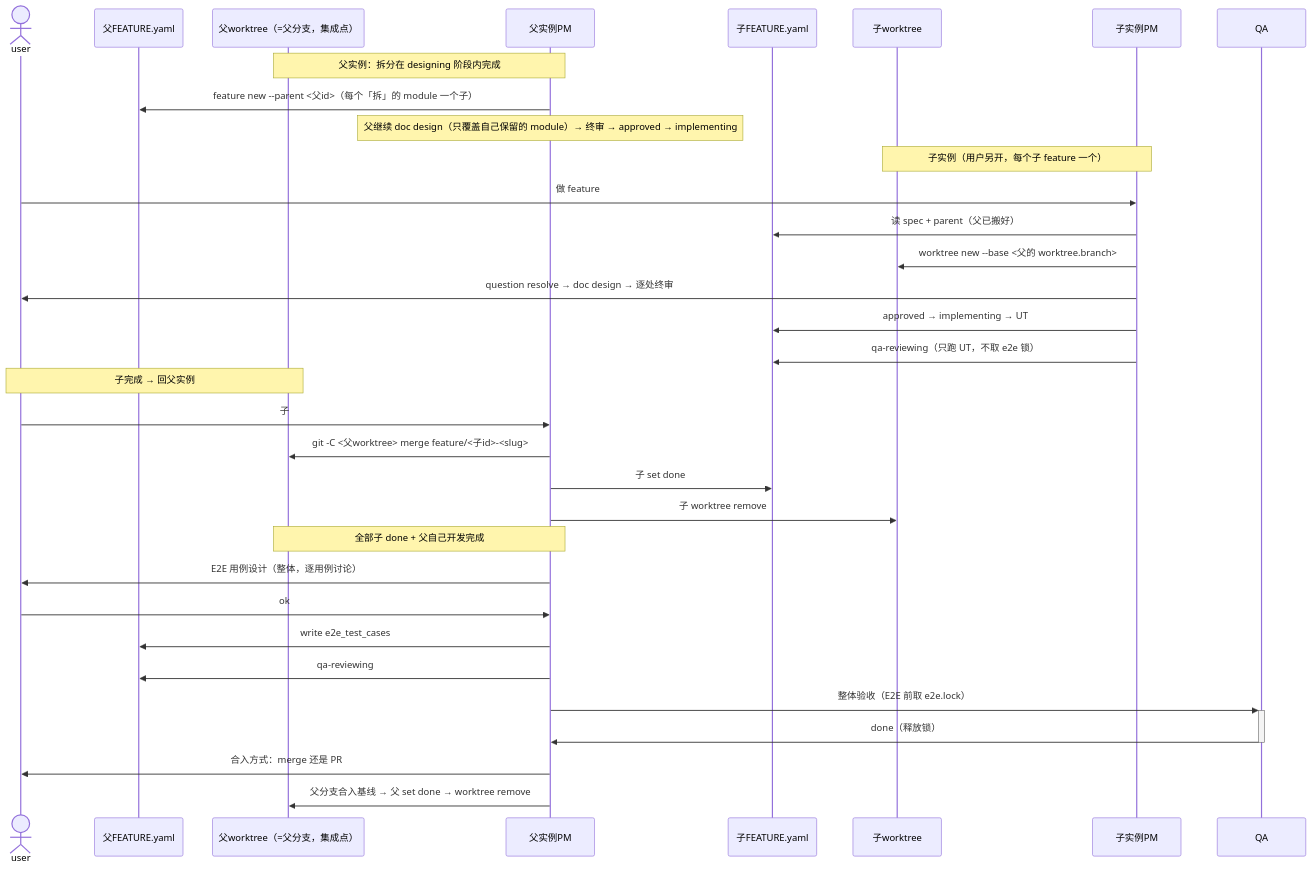
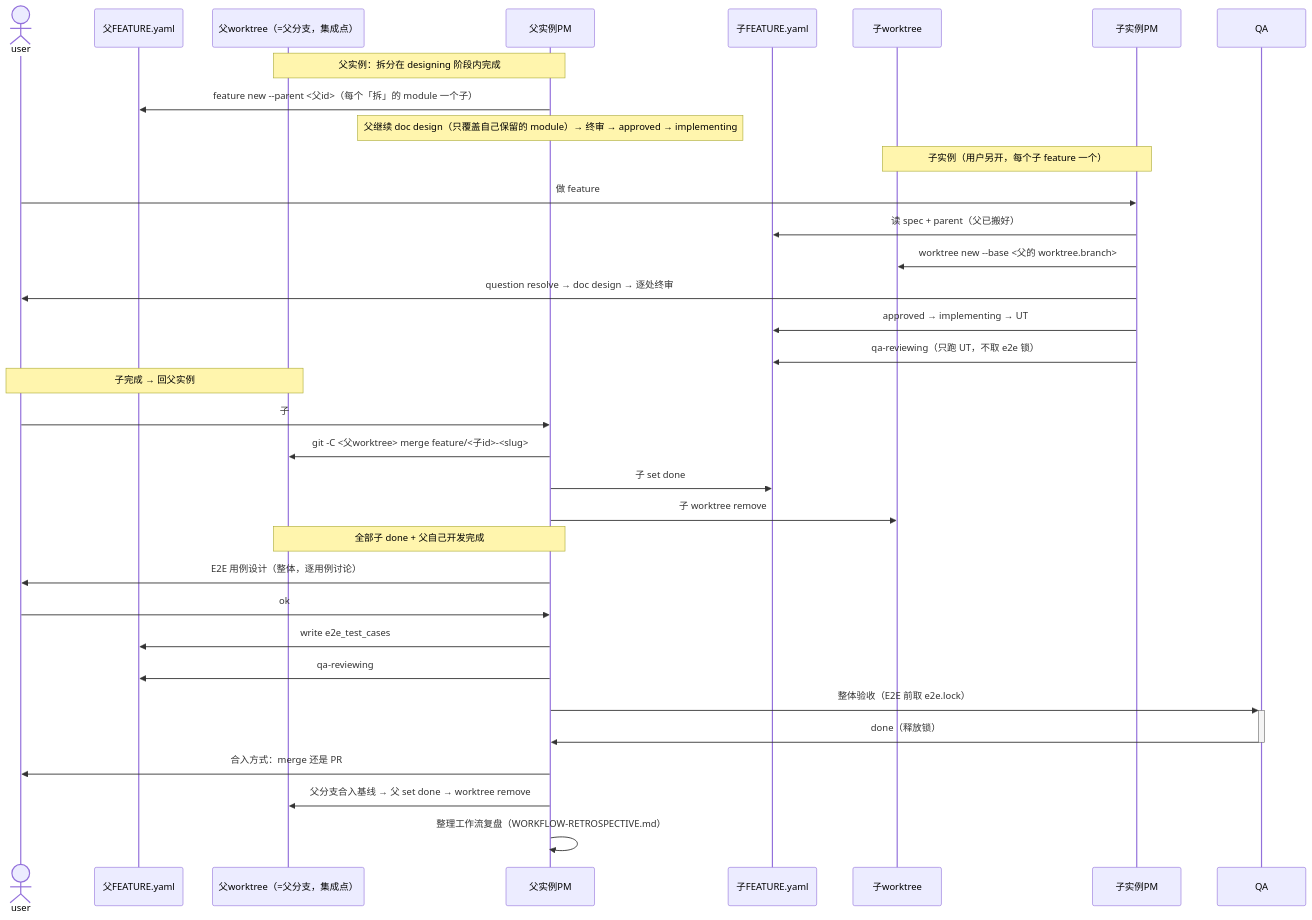
The second of 3 diagrams in system-prompt/agent-factory/agent-pm.md (JoeyAssistant/skill-repo), drawn with Mermaid before and after one commit. The commit also changed other lines of this file, not shown here.

````diff
--- a/system-prompt/agent-factory/agent-pm.md
+++ b/system-prompt/agent-factory/agent-pm.md
@@ -333,39 +346,40 @@
 ```mermaid
 sequenceDiagram
     actor user
     participant pf as 父FEATURE.yaml
     participant pw as 父worktree（=父分支，集成点）
     participant pm as 父实例PM
     participant cf as 子FEATURE.yaml
     participant cw as 子worktree
     participant cpm as 子实例PM
     participant qa as QA
 
     Note over pm,pw: 父实例：拆分在 designing 阶段内完成
     pm->>pf: feature new --parent <父id>（每个「拆」的 module 一个子）
     Note over pm: 父继续 doc design（只覆盖自己保留的 module）→ 终审 → approved → implementing
 
     Note over cpm,cw: 子实例（用户另开，每个子 feature 一个）
     user->>cpm: 做 feature #<子id>
     cpm->>cf: 读 spec + parent（父已搬好）
     cpm->>cw: worktree new --base <父的 worktree.branch>
     cpm->>user: question resolve → doc design → 逐处终审
     cpm->>cf: approved → implementing → UT
     cpm->>cf: qa-reviewing（只跑 UT，不取 e2e 锁）
 
     Note over user,pw: 子完成 → 回父实例
     user->>pm: 子 #<子id> 完成
     pm->>pw: git -C <父worktree> merge feature/<子id>-<slug>
     pm->>cf: 子 set done
     pm->>cw: 子 worktree remove
 
     Note over pm,pw: 全部子 done + 父自己开发完成
     pm->>user: E2E 用例设计（整体，逐用例讨论）
     user->>pm: ok
     pm->>pf: write e2e_test_cases
     pm->>pf: qa-reviewing
     pm->>+qa: 整体验收（E2E 前取 e2e.lock）
     qa->>-pm: done（释放锁）
     pm->>user: 合入方式：merge 还是 PR
     pm->>pw: 父分支合入基线 → 父 set done → worktree remove
+    pm->>pm: 整理工作流复盘（WORKFLOW-RETROSPECTIVE.md）
 ```
````
